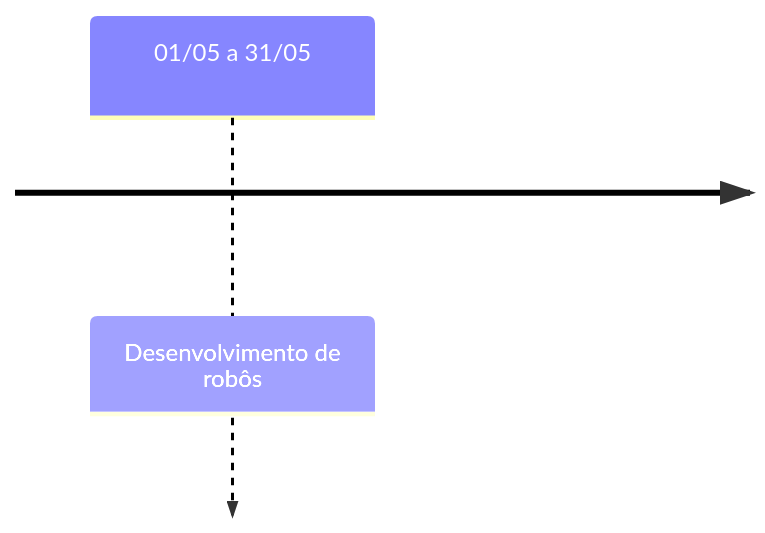
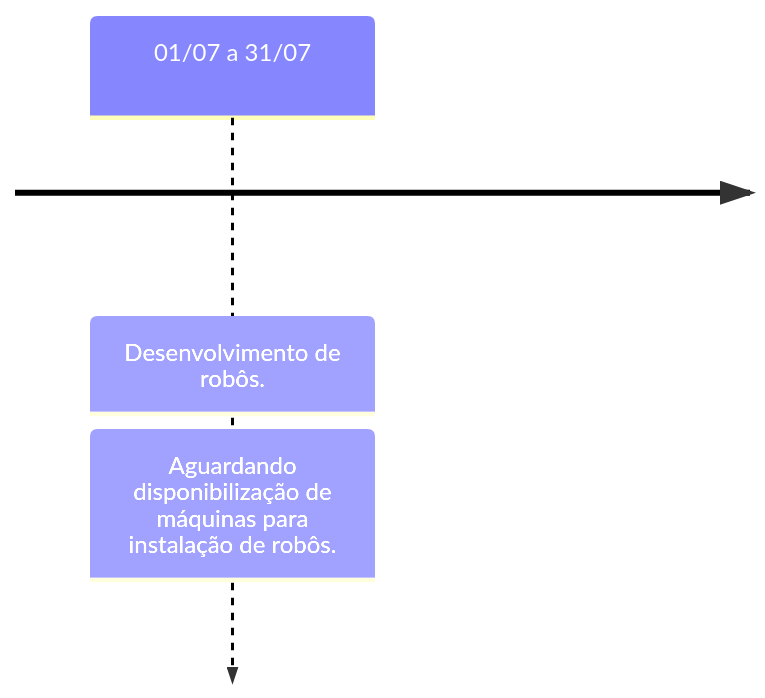
The fourth of 5 diagrams in docs/linha_do_tempo/projeto_seplag_cet.md (automatiza-mg/handbook), drawn with Mermaid before and after one commit. The commit also changed other lines of this file, not shown here.

````diff
--- a/docs/linha_do_tempo/projeto_seplag_cet.md
+++ b/docs/linha_do_tempo/projeto_seplag_cet.md
@@ -28,4 +45,5 @@
     ```mermaid
     timeline
-        01/05 a 31/05 : Desenvolvimento de robôs
+        01/07 a 31/07 : Desenvolvimento de robôs.
+                      : Aguardando disponibilização de máquinas para instalação de robôs.
     ```
````
